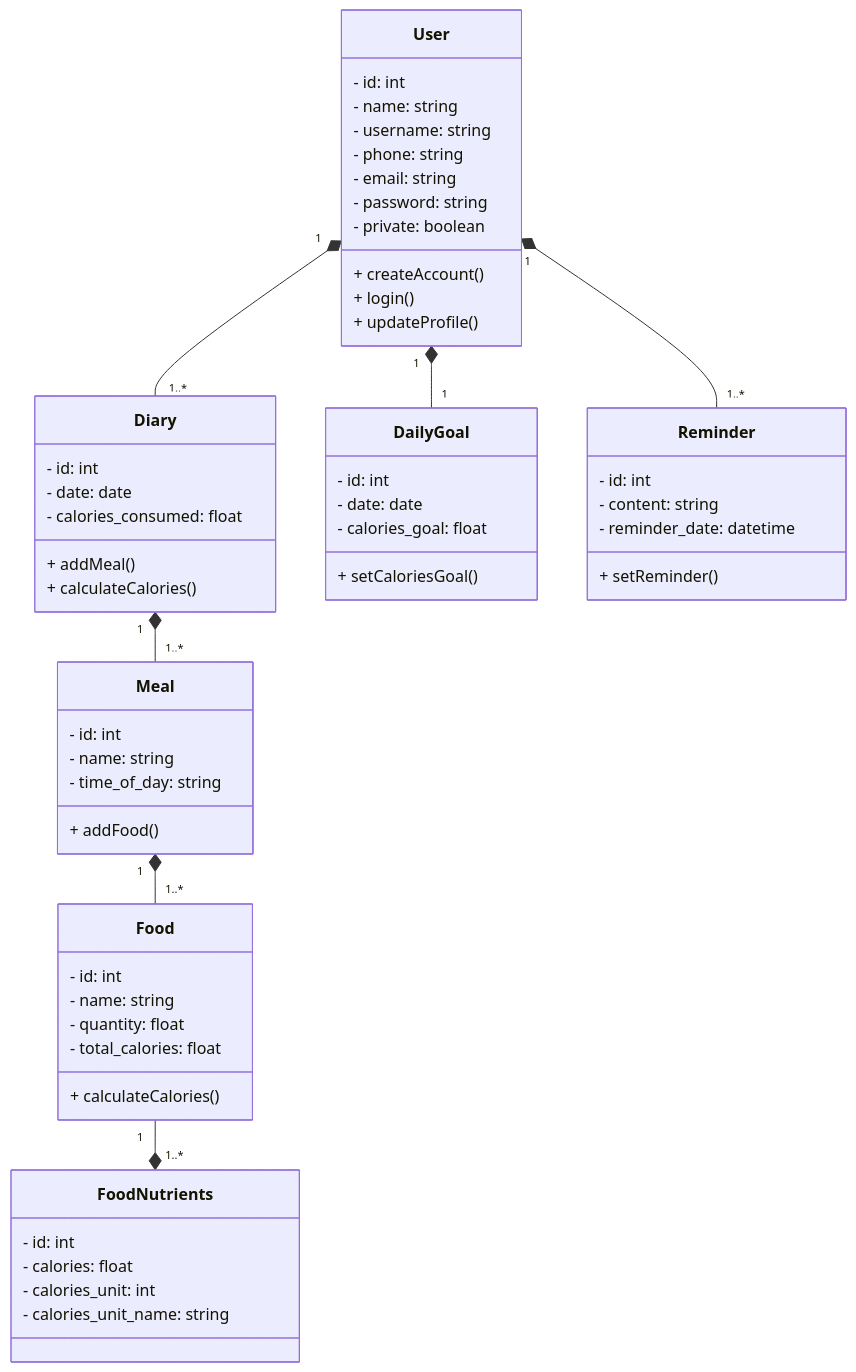
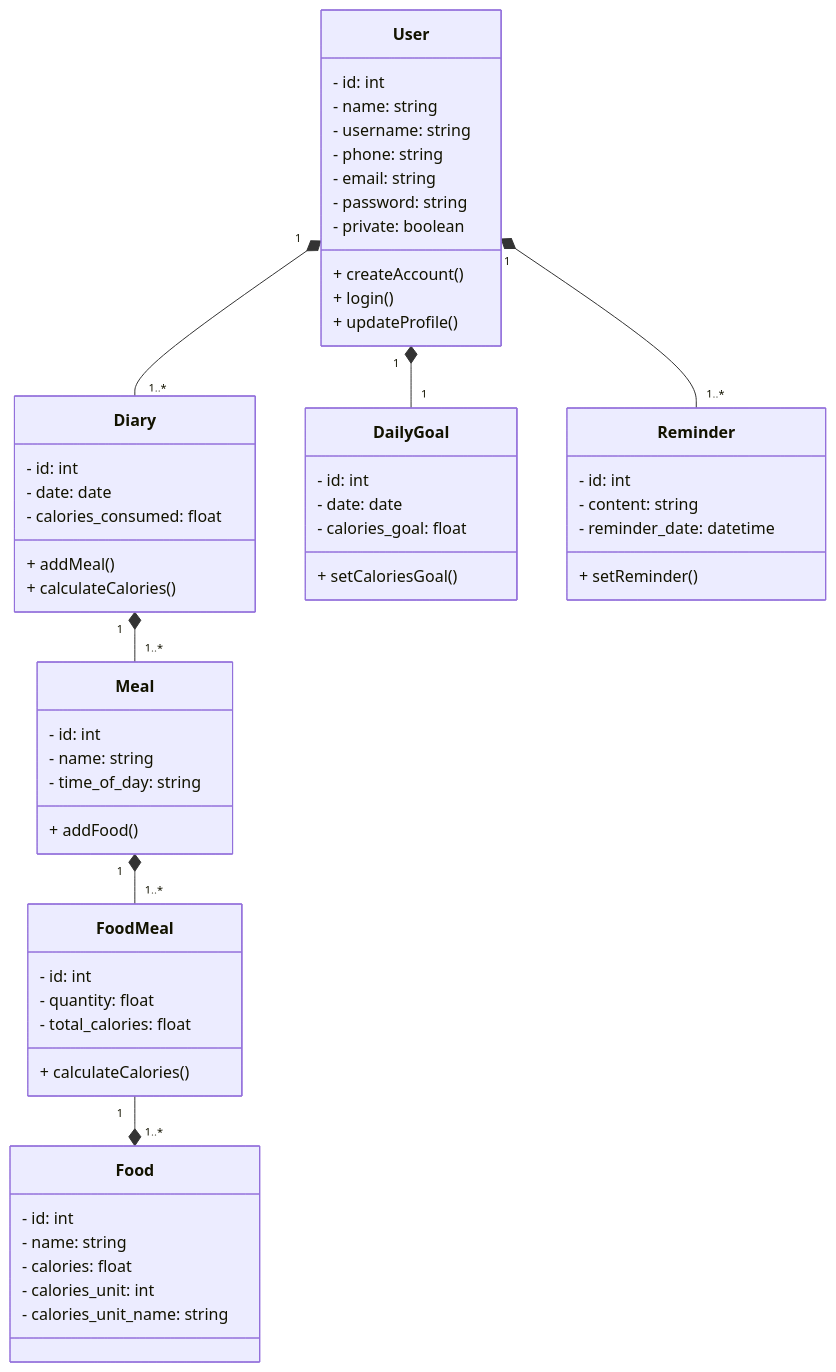
One commit to ICEI-PUC-Minas-PMV-ADS/pmv-ads-2023-2-e3-proj-mov-t3-time4-fit changed the first of 3 diagrams in docs/05-Arquitetura da Solução.md. Above: the diagram before and after it, drawn with Mermaid. The commit also changed other lines of this file, not shown here.

````diff
--- a/docs/05-Arquitetura da Solução.md
+++ b/docs/05-Arquitetura da Solução.md
@@ -13,67 +13,67 @@
 ```mermaid
 classDiagram
   class User {
     - id: int
     - name: string
     - username: string
     - phone: string
     - email: string
     - password: string
     - private: boolean
     + createAccount()
     + login()
     + updateProfile()
   }
 
   class Diary {
     - id: int
     - date: date
     - calories_consumed: float
     + addMeal()
     + calculateCalories()
   }
 
   class Meal {
     - id: int
     - name: string
     - time_of_day: string
     + addFood()
   }
 
-  class Food {
+  class FoodMeal {
     - id: int
-    - name: string
     - quantity: float
     - total_calories: float
     + calculateCalories()
   }
 
-  class FoodNutrients {
+  class Food {
     - id: int
+    - name: string
     - calories: float
     - calories_unit: int
     - calories_unit_name: string
   }
 
   class DailyGoal {
     - id: int
     - date: date
     - calories_goal: float
     + setCaloriesGoal()
   }
 
   class Reminder {
     - id: int
     - content: string
     - reminder_date: datetime
     + setReminder()
   }
 
   User "1" *-- "1" DailyGoal
   User "1" *-- "1..*" Reminder
   User "1" *-- "1..*" Diary
   Diary "1" *-- "1..*" Meal
-  Meal "1" *-- "1..*" Food
-  Food "1" --* "1..*" FoodNutrients
+  Meal "1" *-- "1..*" FoodMeal
+  FoodMeal "1" --* "1..*" Food
 
 ```
````
